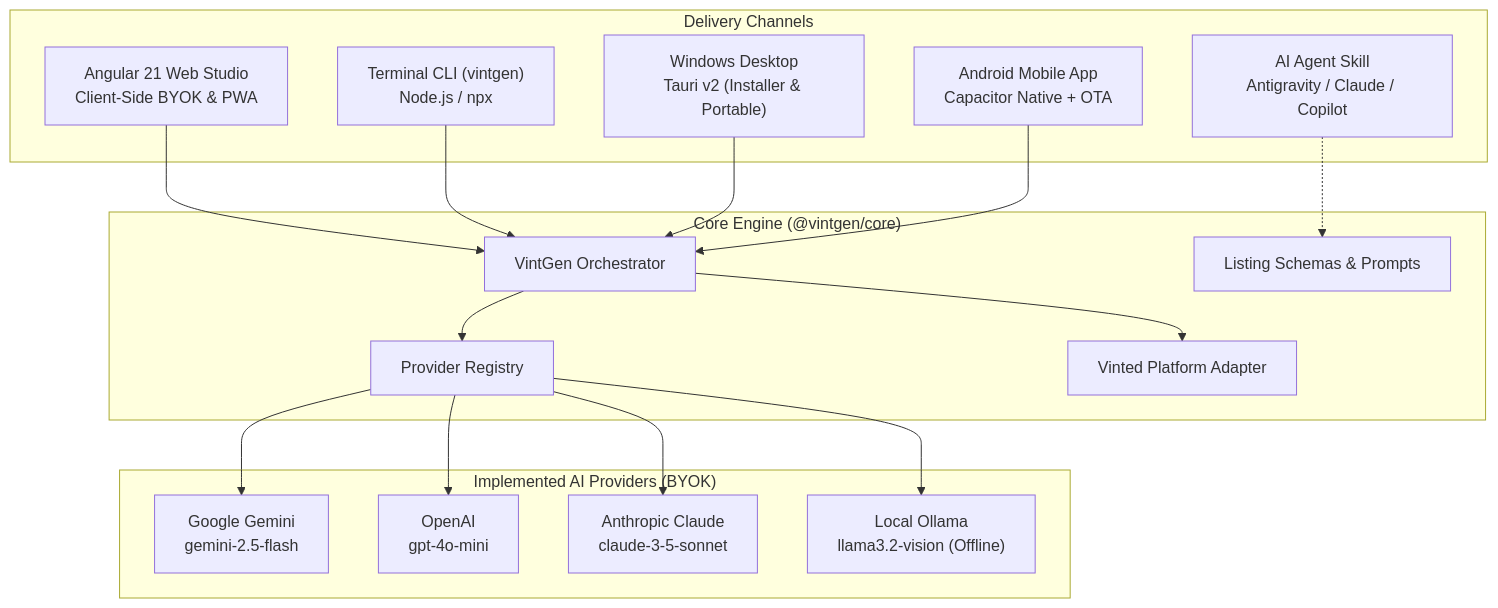
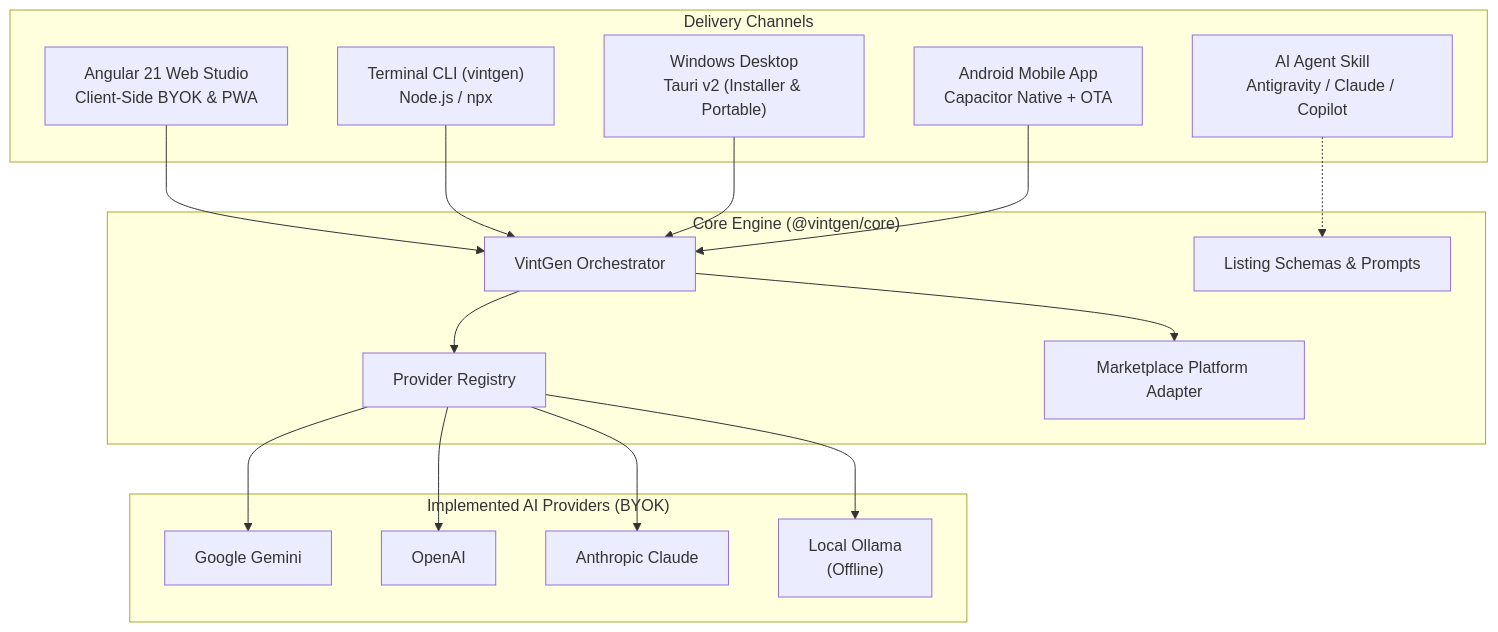
One commit to Raele24/VintGen changed the diagram in docs/architecture.md. Above: the diagram before and after it, drawn with Mermaid. The commit also changed other lines of this file and 6 other files, not shown here.

````diff
--- a/docs/architecture.md
+++ b/docs/architecture.md
@@ -9,37 +9,37 @@
 ```mermaid
 graph TB
     subgraph "Delivery Channels"
         WEB["Angular 21 Web Studio<br/>Client-Side BYOK & PWA"]
         CLI["Terminal CLI (vintgen)<br/>Node.js / npx"]
         WIN["Windows Desktop<br/>Tauri v2 (Installer & Portable)"]
         AND["Android Mobile App<br/>Capacitor Native + OTA"]
         SKILL["AI Agent Skill<br/>Antigravity / Claude / Copilot"]
     end
 
     subgraph "Core Engine (@vintgen/core)"
         ENG["VintGen Orchestrator"]
         REG["Provider Registry"]
         SCH["Listing Schemas & Prompts"]
-        PLT["Vinted Platform Adapter"]
+        PLT["Marketplace Platform Adapter"]
     end
 
     subgraph "Implemented AI Providers (BYOK)"
-        GEMINI["Google Gemini<br/>gemini-2.5-flash"]
-        OPENAI["OpenAI<br/>gpt-4o-mini"]
-        CLAUDE["Anthropic Claude<br/>claude-3-5-sonnet"]
-        OLLAMA["Local Ollama<br/>llama3.2-vision (Offline)"]
+        GEMINI["Google Gemini"]
+        OPENAI["OpenAI"]
+        CLAUDE["Anthropic Claude"]
+        OLLAMA["Local Ollama<br/>(Offline)"]
     end
 
     WEB --> ENG
     CLI --> ENG
     WIN --> ENG
     AND --> ENG
     SKILL -.-> SCH
 
     ENG --> REG
     ENG --> PLT
     REG --> GEMINI
     REG --> OPENAI
     REG --> CLAUDE
     REG --> OLLAMA
 ```
````
